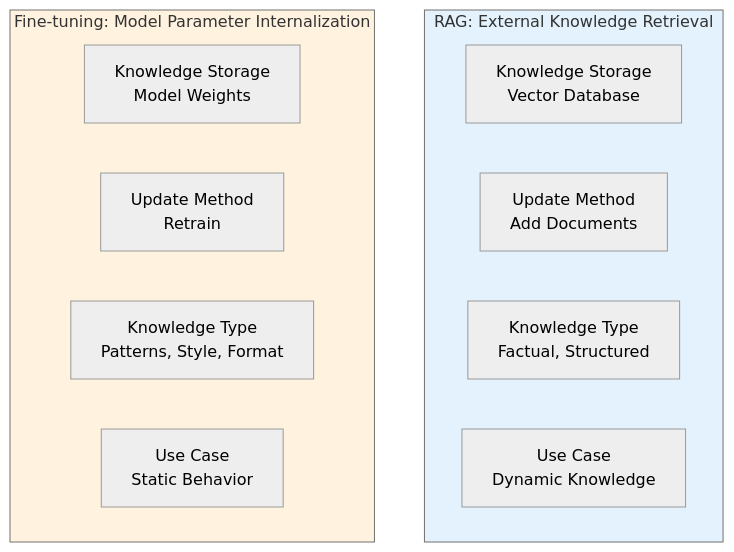
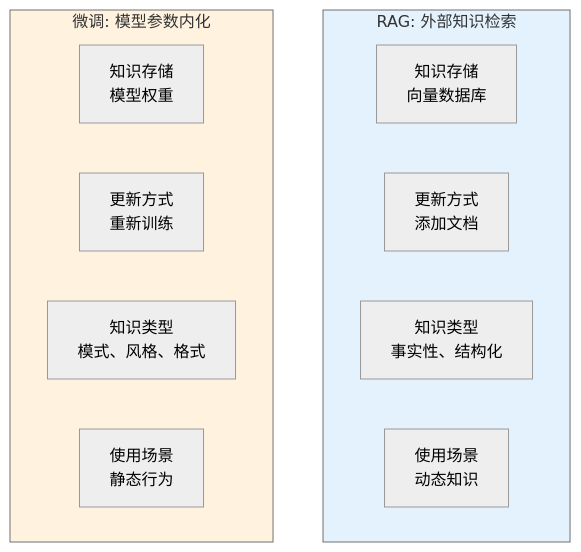
The fifth of 15 diagrams in i18n/zh-Hans/docusaurus-plugin-content-docs/current/ai/rag/01-introduction.mdx (YiWang24/AiDIY), drawn with Mermaid (neutral theme) before and after one commit. The commit also changed other lines of this file and 59 other files, not shown here.

````diff
--- a/i18n/zh-Hans/docusaurus-plugin-content-docs/current/ai/rag/01-introduction.mdx
+++ b/i18n/zh-Hans/docusaurus-plugin-content-docs/current/ai/rag/01-introduction.mdx
@@ -309,19 +309,19 @@
 ```mermaid
 flowchart TB
-    subgraph RAG["RAG: External Knowledge Retrieval"]
-        R1["Knowledge Storage<br/>Vector Database"]
-        R2["Update Method<br/>Add Documents"]
-        R3["Knowledge Type<br/>Factual, Structured"]
-        R4["Use Case<br/>Dynamic Knowledge"]
+    subgraph RAG["RAG: 外部知识检索"]
+        R1["知识存储<br/>向量数据库"]
+        R2["更新方式<br/>添加文档"]
+        R3["知识类型<br/>事实性、结构化"]
+        R4["使用场景<br/>动态知识"]
     end
 
-    subgraph FT["Fine-tuning: Model Parameter Internalization"]
-        F1["Knowledge Storage<br/>Model Weights"]
-        F2["Update Method<br/>Retrain"]
-        F3["Knowledge Type<br/>Patterns, Style, Format"]
-        F4["Use Case<br/>Static Behavior"]
+    subgraph FT["微调: 模型参数内化"]
+        F1["知识存储<br/>模型权重"]
+        F2["更新方式<br/>重新训练"]
+        F3["知识类型<br/>模式、风格、格式"]
+        F4["使用场景<br/>静态行为"]
     end
 
     style RAG fill:#e3f2fd
     style FT fill:#fff3e0
 ```
````
